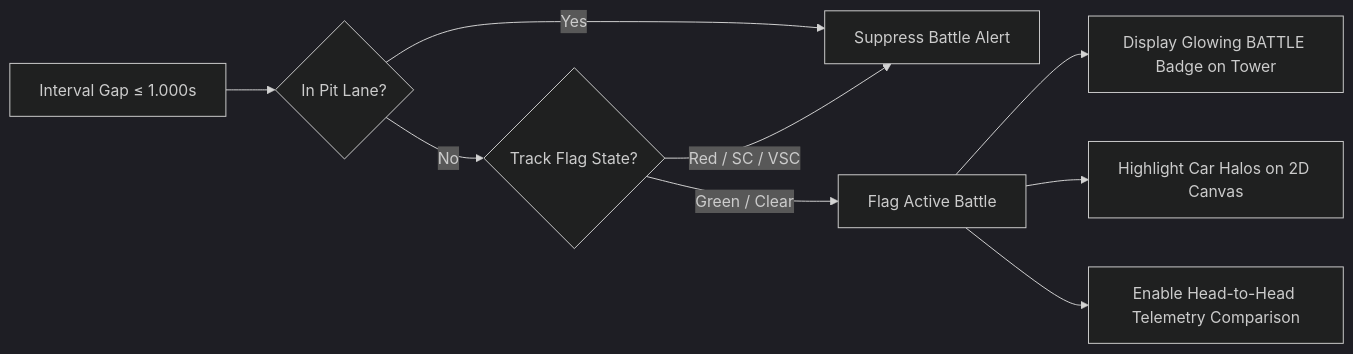
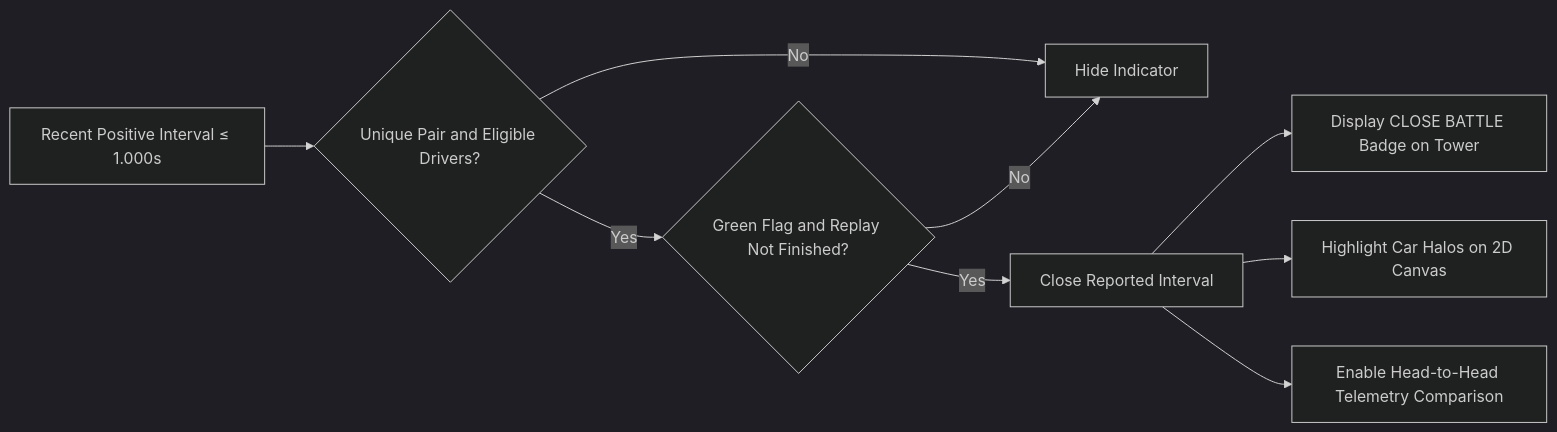
One commit to tejasdu/pitwall-telemetry-engine changed the second of 2 diagrams in README.md. Above: the diagram before and after it, drawn with Mermaid (dark theme). The commit also changed other lines of this file and 7 other files, not shown here.

Commit message:
Clarify battle indicators and make replay tests deterministic

````diff
--- a/README.md
+++ b/README.md
@@ -235,11 +241,11 @@
 ```mermaid
 flowchart LR
-    A[Interval Gap ≤ 1.000s] --> B{In Pit Lane?}
-    B -->|Yes| C[Suppress Battle Alert]
-    B -->|No| D{Track Flag State?}
-    D -->|Red / SC / VSC| C
-    D -->|Green / Clear| E[Flag Active Battle]
-    E --> F[Display Glowing BATTLE Badge on Tower]
+    A[Recent Positive Interval ≤ 1.000s] --> B{Unique Pair and Eligible Drivers?}
+    B -->|No| C[Hide Indicator]
+    B -->|Yes| D{Green Flag and Replay Not Finished?}
+    D -->|No| C
+    D -->|Yes| E[Close Reported Interval]
+    E --> F[Display CLOSE BATTLE Badge on Tower]
     E --> G[Highlight Car Halos on 2D Canvas]
     E --> H[Enable Head-to-Head Telemetry Comparison]
 ```
````
